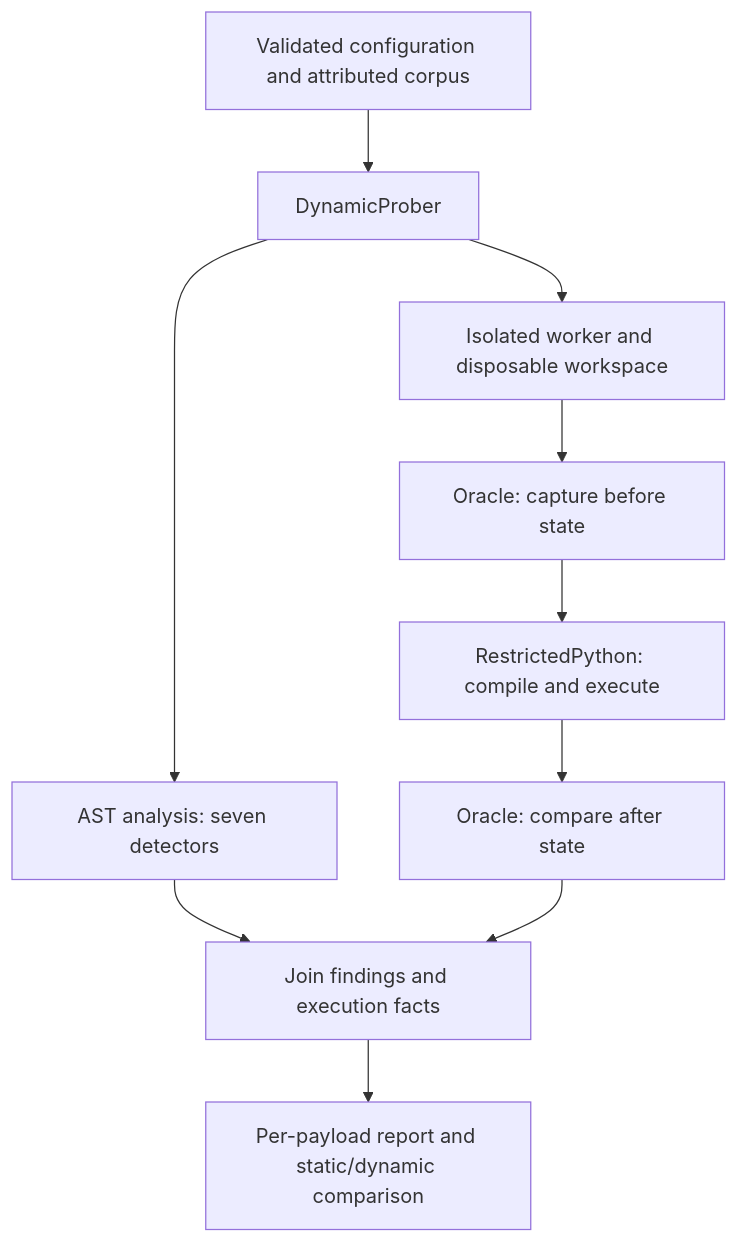
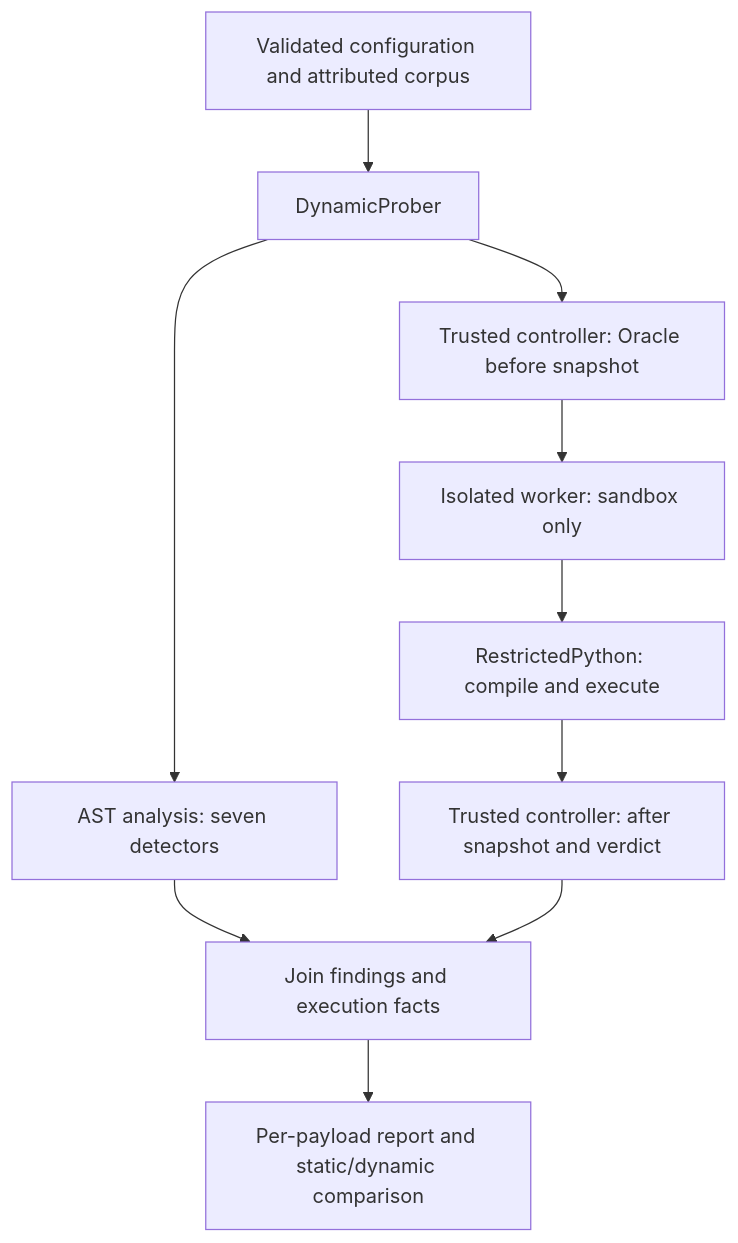
Before and after one commit to aynaakhann/sandbox_escape_finder: the diagram in README.md, drawn with Mermaid. The commit also changed other lines of this file and 14 other files, not shown here.

````diff
--- a/README.md
+++ b/README.md
@@ -59,12 +95,12 @@
 ```mermaid
 flowchart TD
     C[Validated configuration and attributed corpus] --> P[DynamicProber]
     P --> A[AST analysis: seven detectors]
-    P --> W[Isolated worker and disposable workspace]
-    W --> B[Oracle: capture before state]
-    B --> R[RestrictedPython: compile and execute]
-    R --> O[Oracle: compare after state]
+    P --> B[Trusted controller: Oracle before snapshot]
+    B --> W[Isolated worker: sandbox only]
+    W --> R[RestrictedPython: compile and execute]
+    R --> O[Trusted controller: after snapshot and verdict]
     A --> J[Join findings and execution facts]
     O --> J
     J --> F[Per-payload report and static/dynamic comparison]
 ```
````
